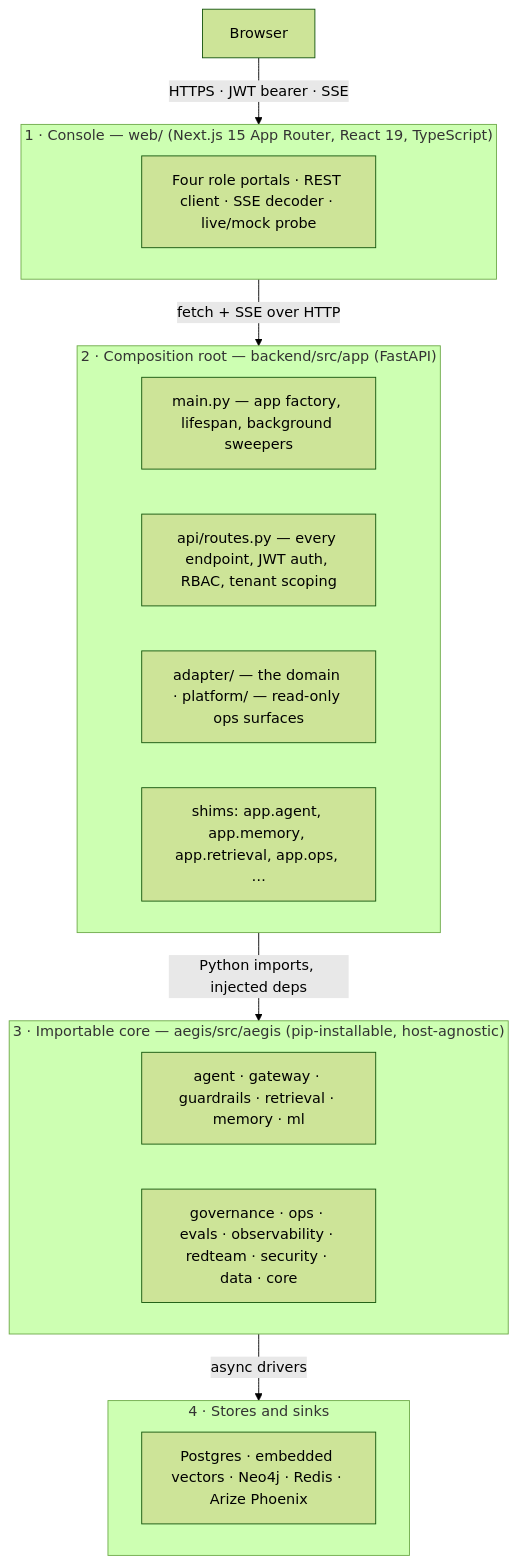
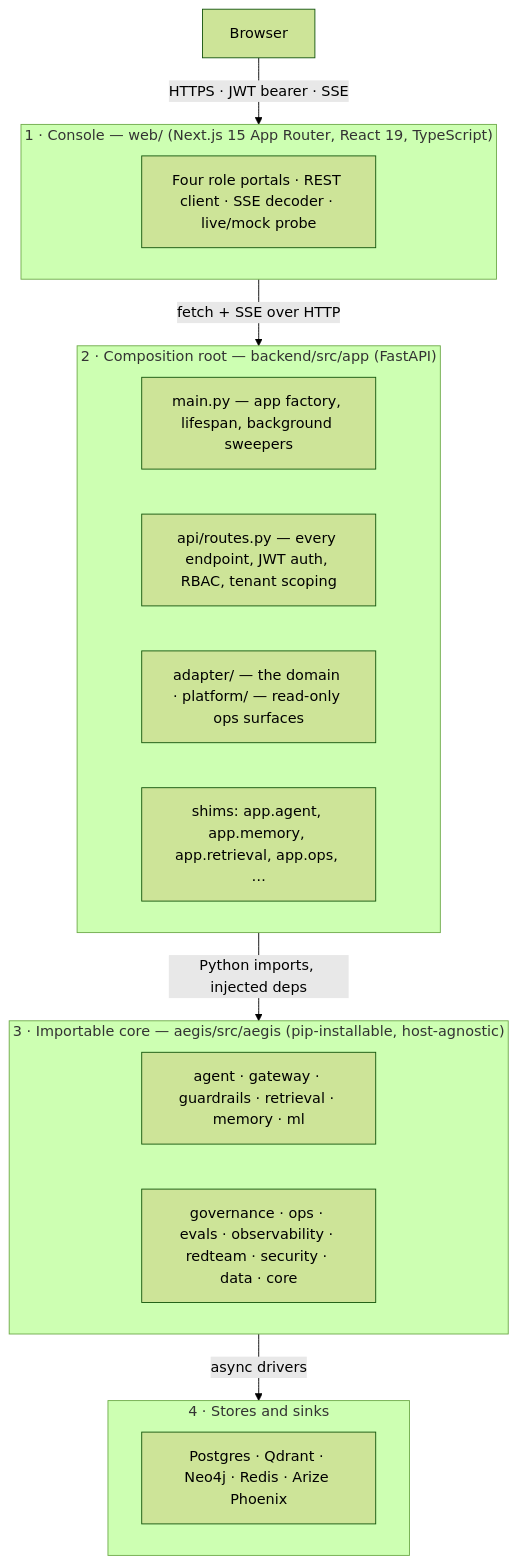
The first of 6 diagrams in docs/learn/10-architecture.md (yrevash/aegis), drawn with Mermaid (forest theme) before and after one commit. The commit also changed other lines of this file and 85 other files, not shown here.

````diff
--- a/docs/learn/10-architecture.md
+++ b/docs/learn/10-architecture.md
@@ -11,29 +11,29 @@
 ```mermaid
 flowchart TB
     B["Browser"]
 
     subgraph L1["1 · Console — web/  (Next.js 15 App Router, React 19, TypeScript)"]
         L1a["Four role portals · REST client · SSE decoder · live/mock probe"]
     end
 
     subgraph L2["2 · Composition root — backend/src/app  (FastAPI)"]
         L2a["main.py — app factory, lifespan, background sweepers"]
         L2b["api/routes.py — every endpoint, JWT auth, RBAC, tenant scoping"]
         L2c["adapter/ — the domain · platform/ — read-only ops surfaces"]
         L2d["shims: app.agent, app.memory, app.retrieval, app.ops, …"]
     end
 
     subgraph L3["3 · Importable core — aegis/src/aegis  (pip-installable, host-agnostic)"]
         L3a["agent · gateway · guardrails · retrieval · memory · ml"]
         L3b["governance · ops · evals · observability · redteam · security · data · core"]
     end
 
     subgraph L4["4 · Stores and sinks"]
-        L4a["Postgres · embedded vectors · Neo4j · Redis · Arize Phoenix"]
+        L4a["Postgres · Qdrant · Neo4j · Redis · Arize Phoenix"]
     end
 
     B -->|"HTTPS · JWT bearer · SSE"| L1
     L1 -->|"fetch + SSE over HTTP"| L2
     L2 -->|"Python imports, injected deps"| L3
     L3 -->|"async drivers"| L4
 ```
````
